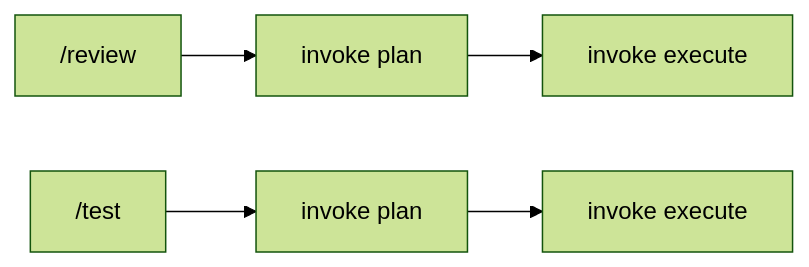
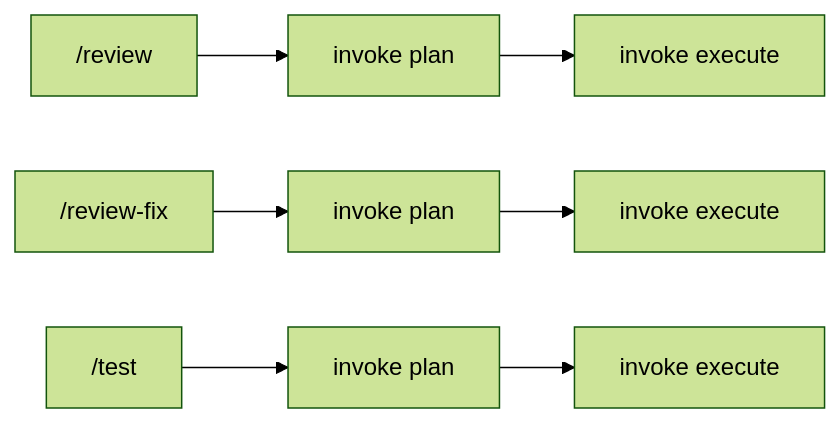
The second of 2 diagrams in docs/Architecture.md (mtshomskyieee/tiny-local-coder), drawn with Mermaid (forest theme) before and after one commit. The commit also changed other lines of this file and 21 other files, not shown here.

````diff
--- a/docs/Architecture.md
+++ b/docs/Architecture.md
@@ -53,7 +53,9 @@
 ```mermaid
 flowchart LR
   review["/review"] --> planR["invoke plan"]
   planR --> execR["invoke execute"]
+  reviewFix["/review-fix"] --> planF["invoke plan"]
+  planF --> execF["invoke execute"]
   testCmd["/test"] --> planT["invoke plan"]
   planT --> execT["invoke execute"]
 ```
````
